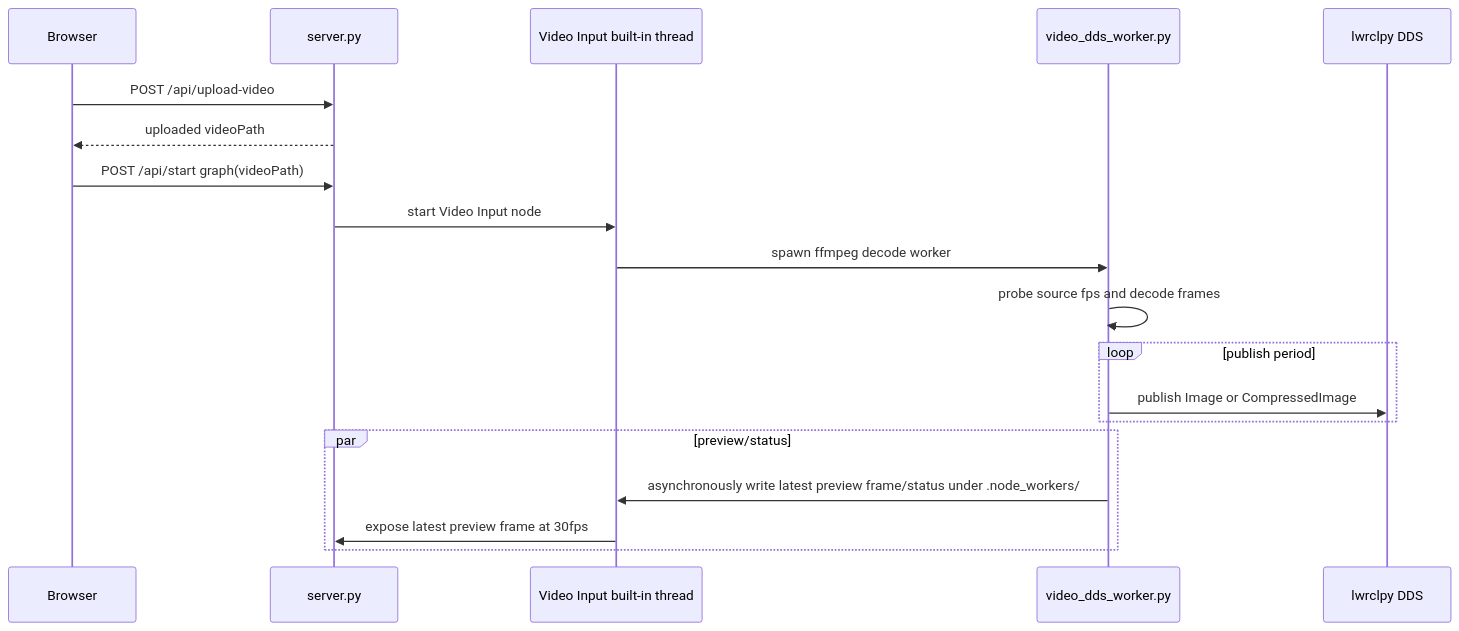
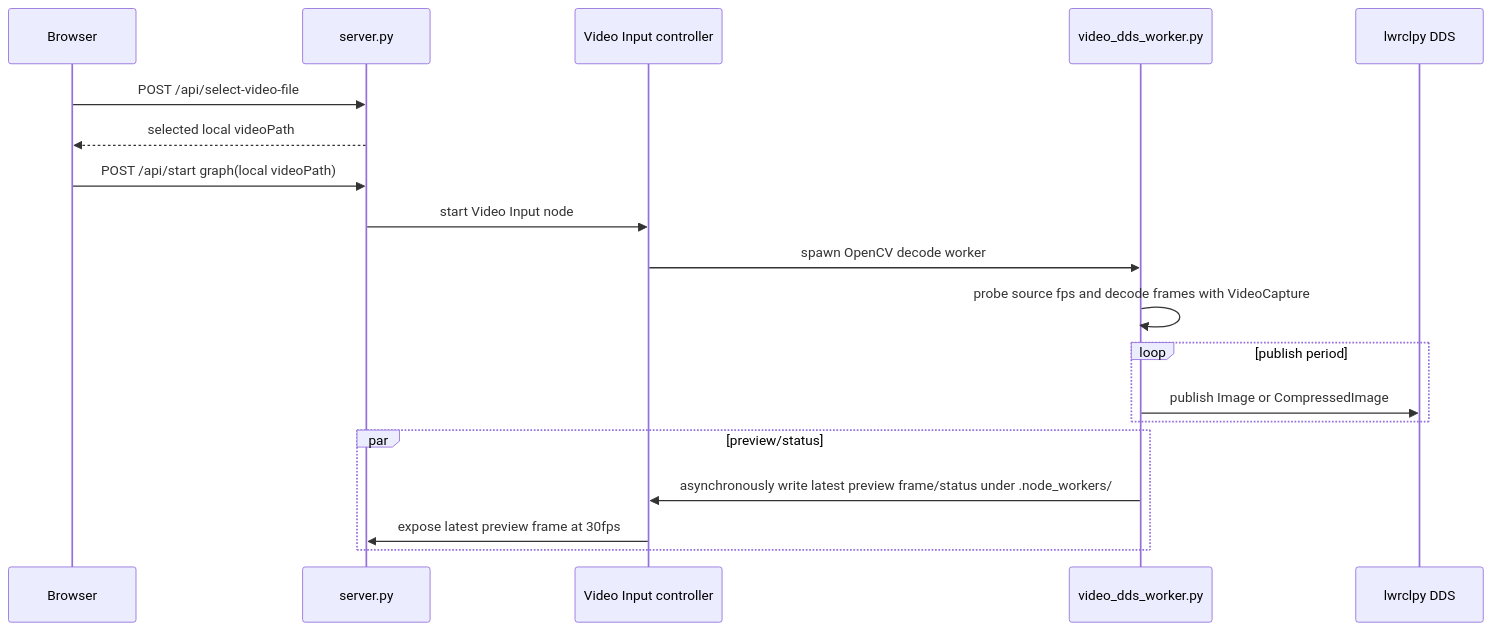
The fifth of 6 diagrams in ARCHITECTURE.md (tatsuyai713/lwrclpy-web-node-editor), drawn with Mermaid before and after one commit. The commit also changed other lines of this file and 8 other files, not shown here.

````diff
--- a/ARCHITECTURE.md
+++ b/ARCHITECTURE.md
@@ -139,22 +136,22 @@
 ```mermaid
 sequenceDiagram
   participant UI as Browser
   participant API as server.py
-  participant VNode as Video Input built-in thread
+  participant VNode as Video Input controller
   participant Worker as video_dds_worker.py
   participant DDS as lwrclpy DDS
 
-  UI->>API: POST /api/upload-video
-  API-->>UI: uploaded videoPath
-  UI->>API: POST /api/start graph(videoPath)
+  UI->>API: POST /api/select-video-file
+  API-->>UI: selected local videoPath
+  UI->>API: POST /api/start graph(local videoPath)
   API->>VNode: start Video Input node
-  VNode->>Worker: spawn ffmpeg decode worker
-  Worker->>Worker: probe source fps and decode frames
+  VNode->>Worker: spawn OpenCV decode worker
+  Worker->>Worker: probe source fps and decode frames with VideoCapture
   loop publish period
     Worker->>DDS: publish Image or CompressedImage
   end
   par preview/status
     Worker->>VNode: asynchronously write latest preview frame/status under .node_workers/
     VNode->>API: expose latest preview frame at 30fps
   end
 ```
````
